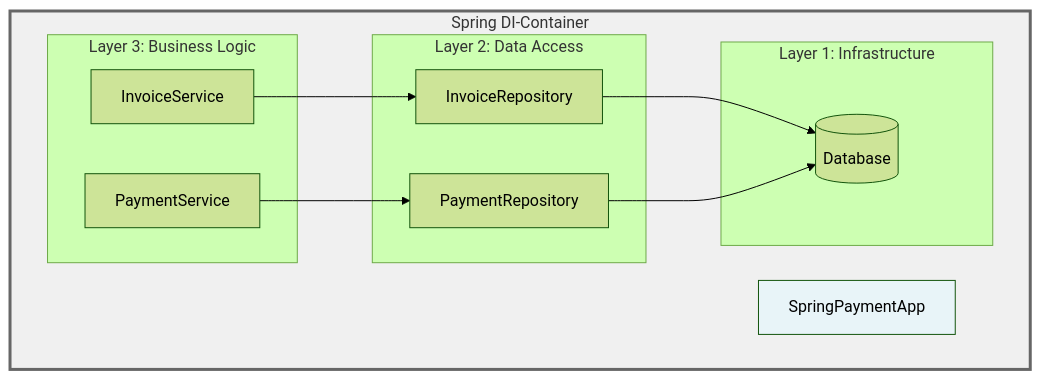
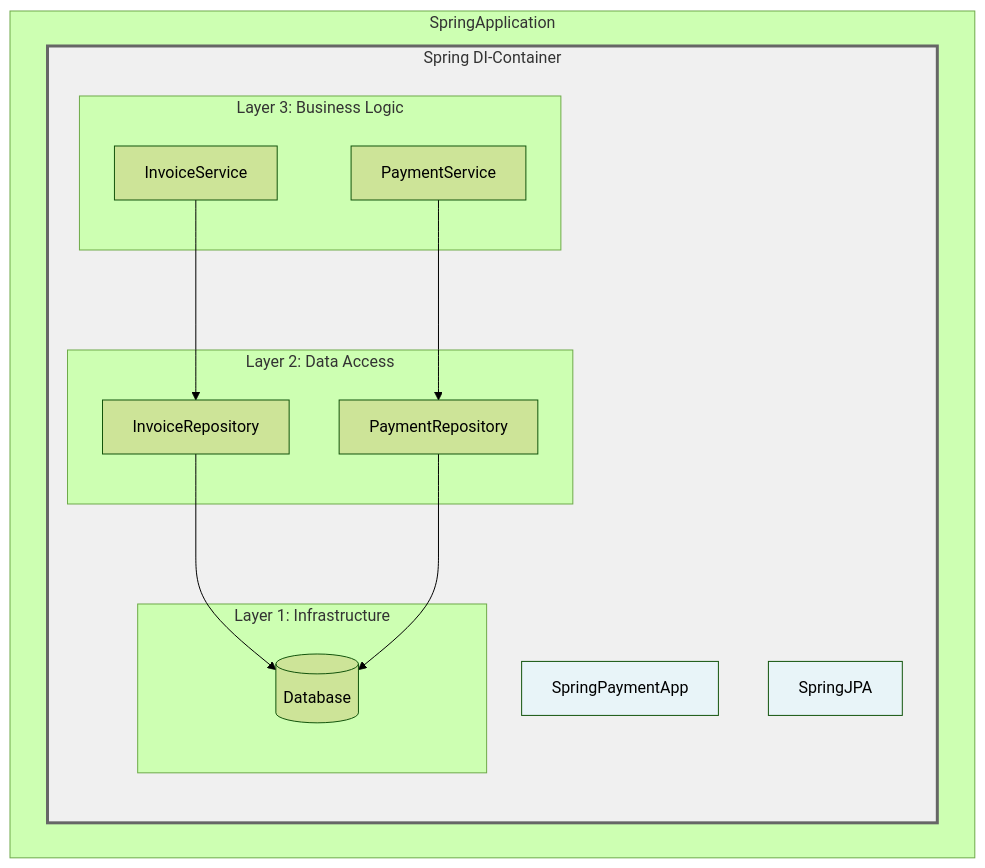
The first of 4 diagrams in blog/_draft/000_notes.md (andreas-wagner-dev/object-oriented-learning-journey), drawn with Mermaid (forest theme) before and after one commit. The commit also changed other lines of this file, not shown here.

````diff
--- a/blog/_draft/000_notes.md
+++ b/blog/_draft/000_notes.md
@@ -15,28 +17,36 @@
 ```mermaid
 graph TB
-    subgraph Container["Spring DI-Container"]
-        App[SpringPaymentApp]
-        
-        subgraph L3["Layer 3: Business Logic"]
-            Invoice[InvoiceService]
-            Payment[PaymentService]
+
+    subgraph Spring["SpringApplication"]
+
+        subgraph Container["Spring DI-Container"]
+
+            App[SpringPaymentApp]
+            ORM[SpringJPA]
+            
+            subgraph L3["Layer 3: Business Logic"]
+                Invoice[InvoiceService]
+                Payment[PaymentService]
+            end
+            
+            subgraph L2["Layer 2: Data Access"]
+                InvoiceRepo[InvoiceRepository]
+                PaymentRepo[PaymentRepository]
+            end
+            
+            subgraph L1["Layer 1: Infrastructure"]
+                DB[(Database)]
+            end
         end
-        
-        subgraph L2["Layer 2: Data Access"]
-            InvoiceRepo[InvoiceRepository]
-            PaymentRepo[PaymentRepository]
-        end
-        
-        subgraph L1["Layer 1: Infrastructure"]
-            DB[(Database)]
-        end
+
     end
     
     Invoice --> InvoiceRepo
     Payment --> PaymentRepo
     InvoiceRepo --> DB
     PaymentRepo --> DB
-    
+
     style App fill:#e8f4f8
+    style ORM fill:#e8f4f8 
     style Container fill:#f0f0f0,stroke:#666,stroke-width:3px
 ```
````
